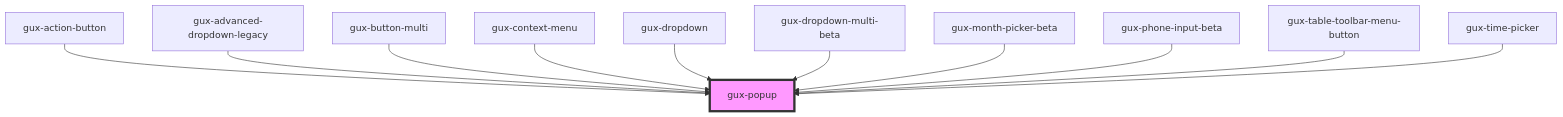
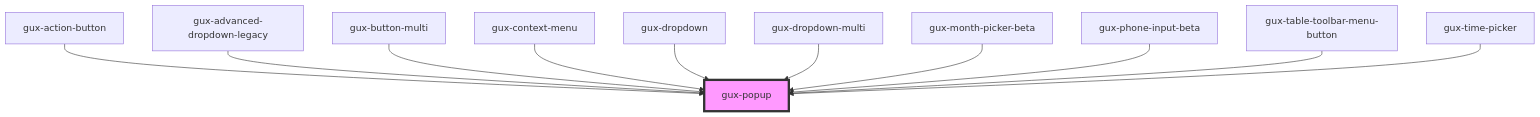
Before and after one commit to MyPureCloud/genesys-spark: the diagram in packages/genesys-spark-components/src/components/stable/gux-popup/readme.md, drawn with Mermaid. The commit also changed other lines of this file and 28 other files, not shown here.

Commit message:
feat(dropdown-multi): moved from beta to stable, v4 token updates

````diff
--- a/packages/genesys-spark-components/src/components/stable/gux-popup/readme.md
+++ b/packages/genesys-spark-components/src/components/stable/gux-popup/readme.md
@@ -48,14 +48,14 @@
 ```mermaid
 graph TD;
   gux-action-button --> gux-popup
   gux-advanced-dropdown-legacy --> gux-popup
   gux-button-multi --> gux-popup
   gux-context-menu --> gux-popup
   gux-dropdown --> gux-popup
-  gux-dropdown-multi-beta --> gux-popup
+  gux-dropdown-multi --> gux-popup
   gux-month-picker-beta --> gux-popup
   gux-phone-input-beta --> gux-popup
   gux-table-toolbar-menu-button --> gux-popup
   gux-time-picker --> gux-popup
   style gux-popup fill:#f9f,stroke:#333,stroke-width:4px
 ```
````
